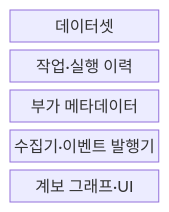
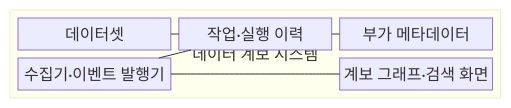
The first of 2 diagrams in src/content/docs/notes/03-software/134_data_lineage.md (agnusdei1207/knowledge-base), drawn with Mermaid before and after one commit. The commit also changed other lines of this file and 20 other files, not shown here.

````diff
--- a/src/content/docs/notes/03-software/134_data_lineage.md
+++ b/src/content/docs/notes/03-software/134_data_lineage.md
@@ -58,9 +57,17 @@
 ```mermaid
-block-beta
+block
     columns 1
-    A["데이터셋"]
-    B["작업·실행 이력"]
-    C["부가 메타데이터"]
-    D["수집기·이벤트 발행기"]
-    E["계보 그래프·UI"]
+    block:LINEAGE["데이터 계보 시스템"]
+        columns 3
+        A["데이터셋"]
+        B["작업·실행 이력"]
+        C["부가 메타데이터"]
+        D["수집기·이벤트 발행기"]
+        space
+        E["계보 그래프·검색 화면"]
+    end
+    A --- B
+    B --- C
+    B --- D
+    D --- E
 ```
````
